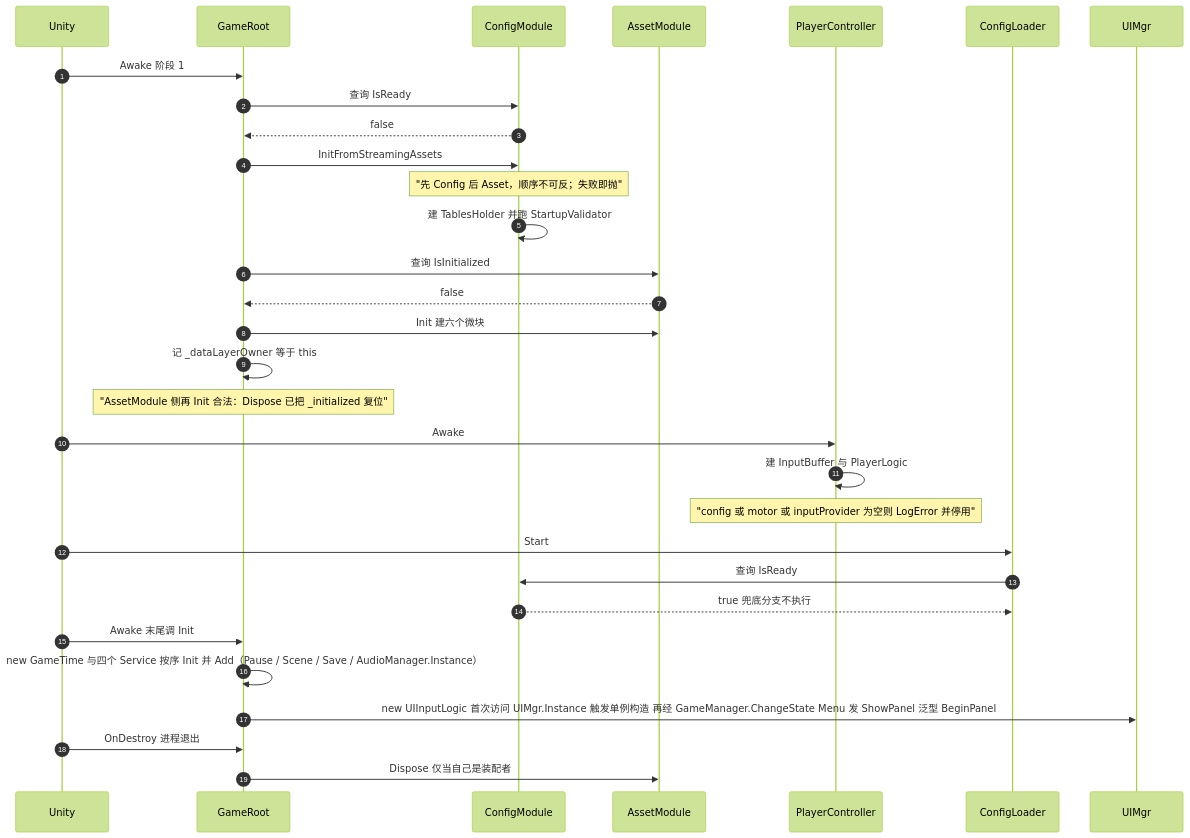
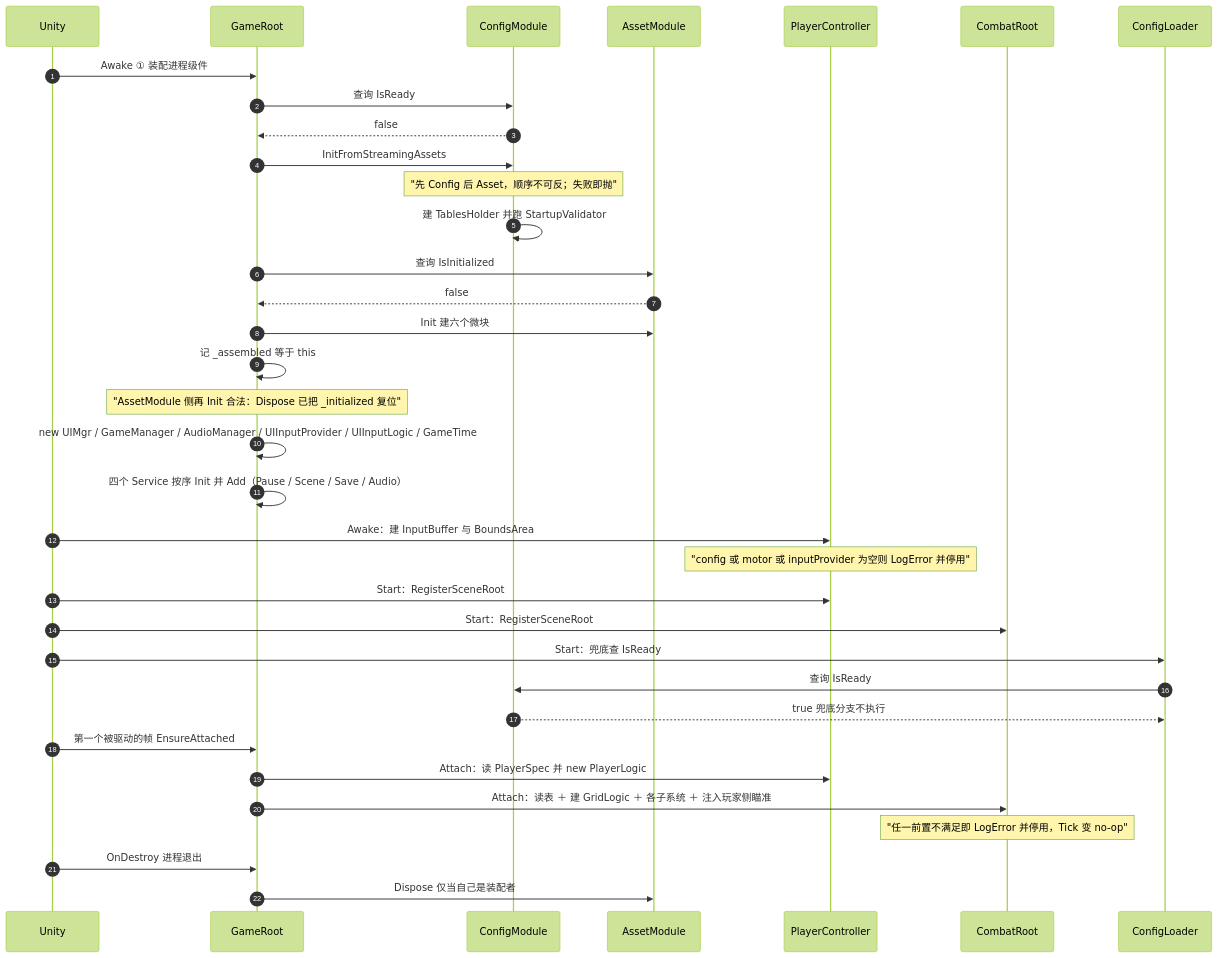
Before and after one commit to 5FYZhou/deepseaoil: the seventh of 16 diagrams in Docs/框架设计/架构图集.md, drawn with Mermaid (forest theme). The commit also changed other lines of this file and 13 other files, not shown here.

````diff
--- a/Docs/框架设计/架构图集.md
+++ b/Docs/框架设计/架构图集.md
@@ -323,33 +393,37 @@
 ```mermaid
 sequenceDiagram
     autonumber
     participant U as Unity
     participant GR as GameRoot
     participant CM as ConfigModule
     participant AM as AssetModule
     participant PC as PlayerController
+    participant CR as CombatRoot
     participant CL as ConfigLoader
-    participant UI as UIMgr
-    U->>GR: Awake 阶段 1
+    U->>GR: Awake ① 装配进程级件
     GR->>CM: 查询 IsReady
     CM-->>GR: false
     GR->>CM: InitFromStreamingAssets
     Note over CM: "先 Config 后 Asset，顺序不可反；失败即抛"
     CM->>CM: 建 TablesHolder 并跑 StartupValidator
     GR->>AM: 查询 IsInitialized
     AM-->>GR: false
     GR->>AM: Init 建六个微块
-    GR->>GR: 记 _dataLayerOwner 等于 this
+    GR->>GR: 记 _assembled 等于 this
     Note over GR: "AssetModule 侧再 Init 合法：Dispose 已把 _initialized 复位"
-    U->>PC: Awake
-    PC->>PC: 建 InputBuffer 与 PlayerLogic
+    GR->>GR: new UIMgr / GameManager / AudioManager / UIInputProvider / UIInputLogic / GameTime
+    GR->>GR: 四个 Service 按序 Init 并 Add（Pause / Scene / Save / Audio）
+    U->>PC: Awake：建 InputBuffer 与 BoundsArea
     Note over PC: "config 或 motor 或 inputProvider 为空则 LogError 并停用"
-    U->>CL: Start
+    U->>PC: Start：RegisterSceneRoot
+    U->>CR: Start：RegisterSceneRoot
+    U->>CL: Start：兜底查 IsReady
     CL->>CM: 查询 IsReady
     CM-->>CL: true 兜底分支不执行
-    U->>GR: Awake 末尾调 Init
-    GR->>GR: new GameTime 与四个 Service 按序 Init 并 Add（Pause / Scene / Save / AudioManager.Instance）
-    GR->>UI: new UIInputLogic 首次访问 UIMgr.Instance 触发单例构造 再经 GameManager.ChangeState Menu 发 ShowPanel 泛型 BeginPanel
+    U->>GR: 第一个被驱动的帧 EnsureAttached
+    GR->>PC: Attach：读 PlayerSpec 并 new PlayerLogic
+    GR->>CR: Attach：读表 ＋ 建 GridLogic ＋ 各子系统 ＋ 注入玩家侧瞄准
+    Note over CR: "任一前置不满足即 LogError 并停用，Tick 变 no-op"
     U->>GR: OnDestroy 进程退出
     GR->>AM: Dispose 仅当自己是装配者
 ```
````
